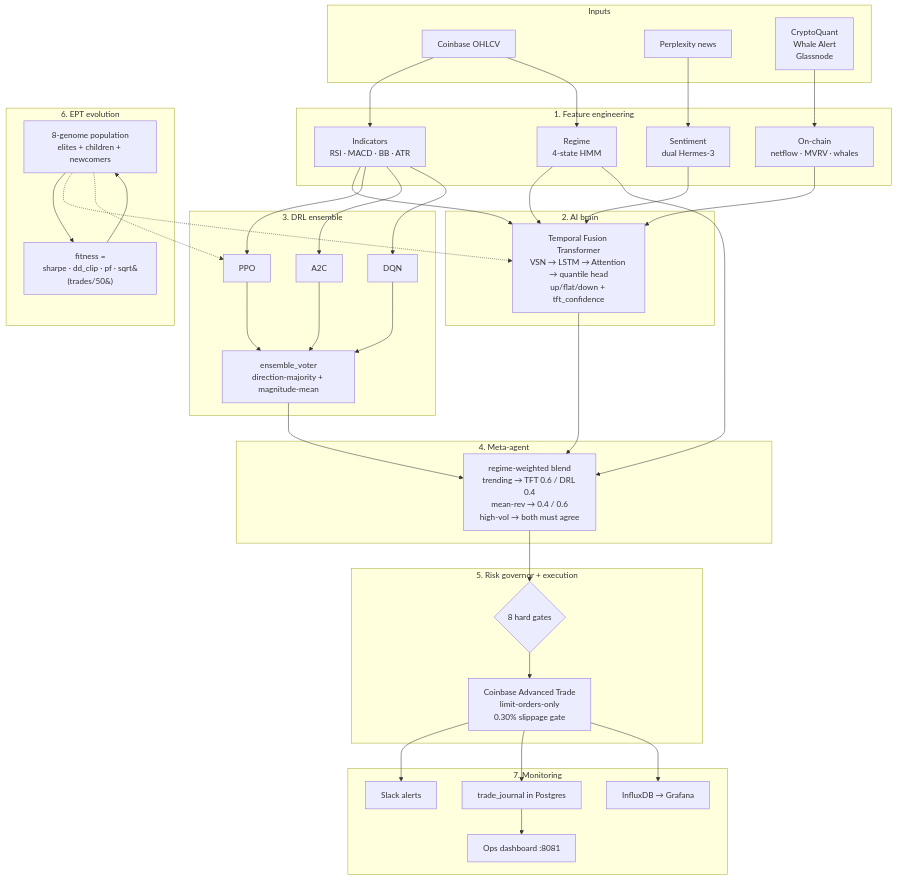
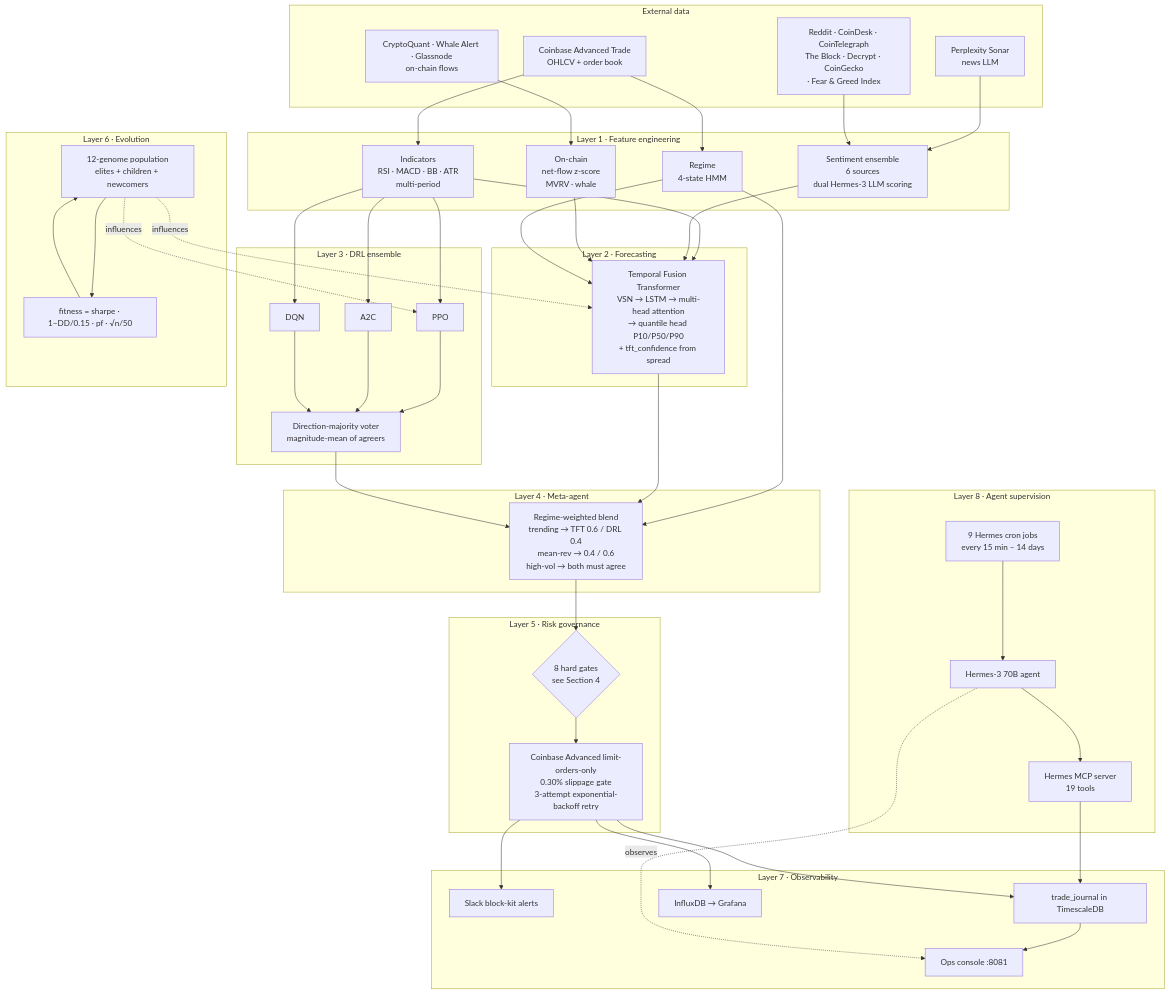
The first of 3 diagrams in README.md (saijayanth888/trading-bot), drawn with Mermaid before and after one commit. The commit also changed other lines of this file, not shown here.

````diff
--- a/README.md
+++ b/README.md
@@ -129,63 +102,82 @@
 ```mermaid
 flowchart TB
-    subgraph Inputs
-        C1[Coinbase OHLCV]
-        C2[Perplexity news]
-        C3[CryptoQuant<br/>Whale Alert<br/>Glassnode]
+    subgraph "External data"
+        C1[Coinbase Advanced Trade<br/>OHLCV + order book]
+        C2[Perplexity Sonar<br/>news LLM]
+        C3[CryptoQuant · Whale Alert · Glassnode<br/>on-chain flows]
+        C4[Reddit · CoinDesk · CoinTelegraph<br/>The Block · Decrypt · CoinGecko<br/>· Fear &amp; Greed Index]
     end
-    subgraph "1. Feature engineering"
-        F1[Indicators<br/>RSI · MACD · BB · ATR]
-        F2[Sentiment<br/>dual Hermes-3]
-        F3[On-chain<br/>netflow · MVRV · whales]
+
+    subgraph "Layer 1 · Feature engineering"
+        F1[Indicators<br/>RSI · MACD · BB · ATR<br/>multi-period]
+        F2[Sentiment ensemble<br/>6 sources<br/>dual Hermes-3 LLM scoring]
+        F3[On-chain<br/>net-flow z-score<br/>MVRV · whale]
         F4[Regime<br/>4-state HMM]
     end
-    subgraph "2. AI brain"
-        T[Temporal Fusion Transformer<br/>VSN → LSTM → Attention → quantile head<br/>up/flat/down + tft_confidence]
+
+    subgraph "Layer 2 · Forecasting"
+        T[Temporal Fusion Transformer<br/>VSN → LSTM → multi-head attention<br/>→ quantile head P10/P50/P90<br/>+ tft_confidence from spread]
     end
-    subgraph "3. DRL ensemble"
+
+    subgraph "Layer 3 · DRL ensemble"
         D1[PPO]
         D2[A2C]
         D3[DQN]
-        V[ensemble_voter<br/>direction-majority + magnitude-mean]
+        V[Direction-majority voter<br/>magnitude-mean of agreers]
         D1 --> V
         D2 --> V
         D3 --> V
     end
-    subgraph "4. Meta-agent"
-        M[regime-weighted blend<br/>trending → TFT 0.6 / DRL 0.4<br/>mean-rev → 0.4 / 0.6<br/>high-vol → both must agree]
+
+    subgraph "Layer 4 · Meta-agent"
+        M[Regime-weighted blend<br/>trending → TFT 0.6 / DRL 0.4<br/>mean-rev → 0.4 / 0.6<br/>high-vol → both must agree]
     end
-    subgraph "5. Risk governor + execution"
-        R{8 hard gates}
-        E[Coinbase Advanced Trade<br/>limit-orders-only<br/>0.30% slippage gate]
+
+    subgraph "Layer 5 · Risk governance"
+        R{8 hard gates<br/>see Section 4}
+        E[Coinbase Advanced limit-orders-only<br/>0.30% slippage gate<br/>3-attempt exponential-backoff retry]
     end
-    subgraph "6. EPT evolution"
-        P[8-genome population<br/>elites + children + newcomers]
-        FIT[fitness =<br/>sharpe · dd_clip · pf · sqrt&#40;trades/50&#41;]
+
+    subgraph "Layer 6 · Evolution"
+        P[12-genome population<br/>elites + children + newcomers]
+        FIT["fitness = sharpe · 1−DD/0.15 · pf · √n/50"]
         P --> FIT --> P
     end
-    subgraph "7. Monitoring"
-        S[Slack alerts]
-        J[trade_journal in Postgres]
+
+    subgraph "Layer 7 · Observability"
+        S[Slack block-kit alerts]
+        J[trade_journal in TimescaleDB]
         I[InfluxDB → Grafana]
-        DASH[Ops dashboard :8081]
+        DASH[Ops console :8081]
+    end
+
+    subgraph "Layer 8 · Agent supervision"
+        HCRON[9 Hermes cron jobs<br/>every 15 min – 14 days]
+        HMCP[Hermes MCP server<br/>19 tools]
+        H[Hermes-3 70B agent]
+        HCRON --> H
+        H --> HMCP
+        HMCP --> J
     end
 
     C1 --> F1
     C2 --> F2
+    C4 --> F2
     C3 --> F3
     C1 --> F4
     F1 --> T
     F2 --> T
     F3 --> T
     F4 --> T
     F1 --> D1 & D2 & D3
     F4 --> M
     T --> M
     V --> M
     M --> R
     R --> E
     E --> S & J & I
-    P -.-> T
-    P -.-> D1
+    P -.influences.-> T
+    P -.influences.-> D1
     J --> DASH
+    H -.observes.-> DASH
 ```
````
